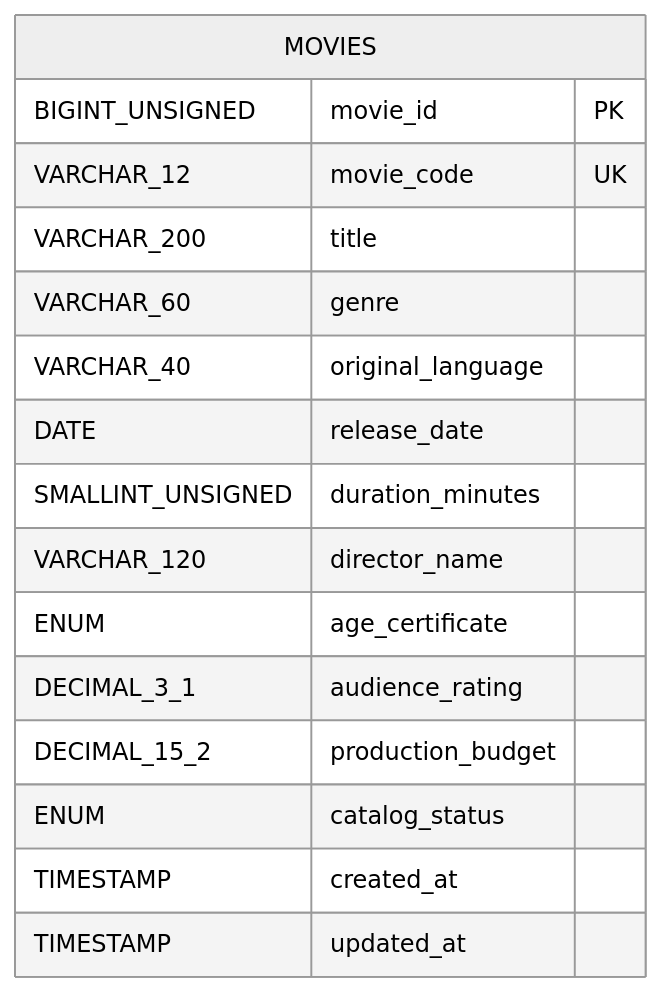
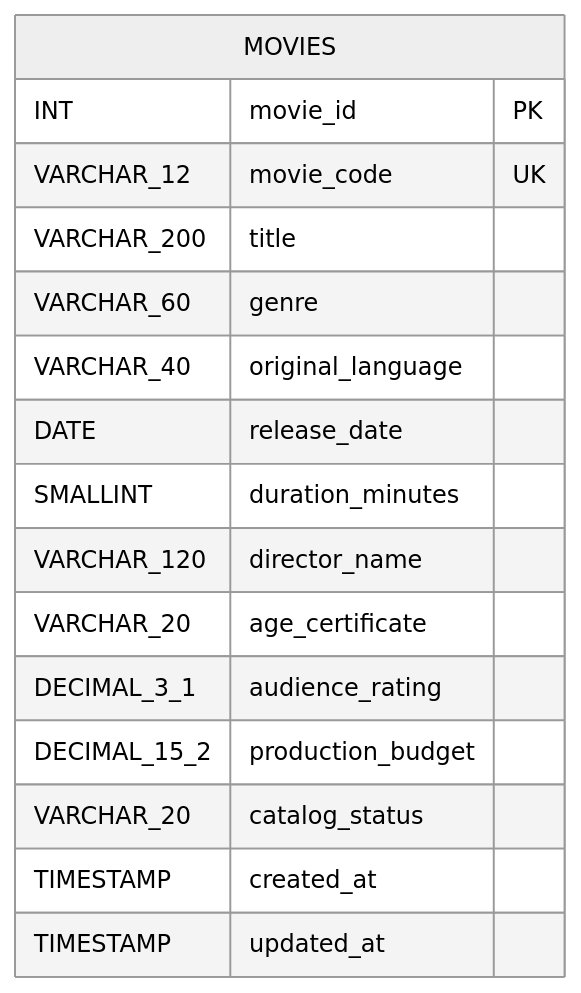
Diagram 18 of 20 in sql-exercises-part-1.md (arvind-codegnan/cdg-hyd-jfs-058), drawn with Mermaid (neutral theme) before and after one commit. The commit also changed other lines of this file, not shown here.

````diff
--- a/sql-exercises-part-1.md
+++ b/sql-exercises-part-1.md
@@ -698,19 +696,19 @@
 ```mermaid
 erDiagram
     MOVIES {
-        BIGINT_UNSIGNED movie_id PK
+        INT movie_id PK
         VARCHAR_12 movie_code UK
         VARCHAR_200 title
         VARCHAR_60 genre
         VARCHAR_40 original_language
         DATE release_date
-        SMALLINT_UNSIGNED duration_minutes
+        SMALLINT duration_minutes
         VARCHAR_120 director_name
-        ENUM age_certificate
+        VARCHAR_20 age_certificate
         DECIMAL_3_1 audience_rating
         DECIMAL_15_2 production_budget
-        ENUM catalog_status
+        VARCHAR_20 catalog_status
         TIMESTAMP created_at
         TIMESTAMP updated_at
     }
 ```
````
